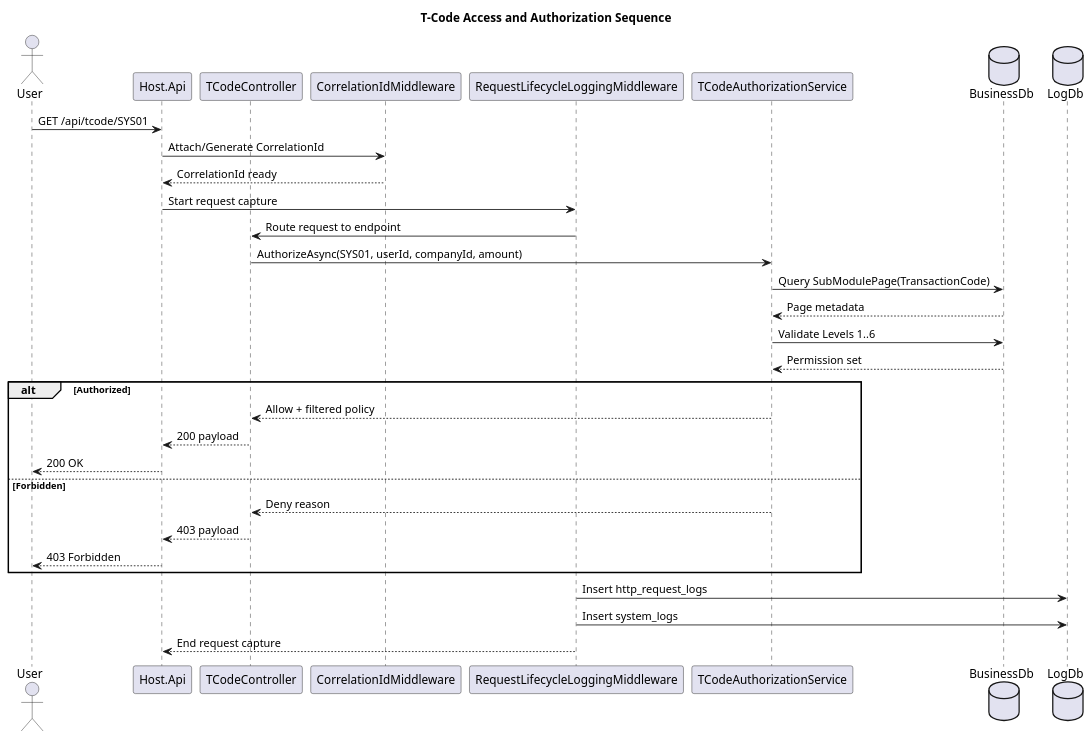
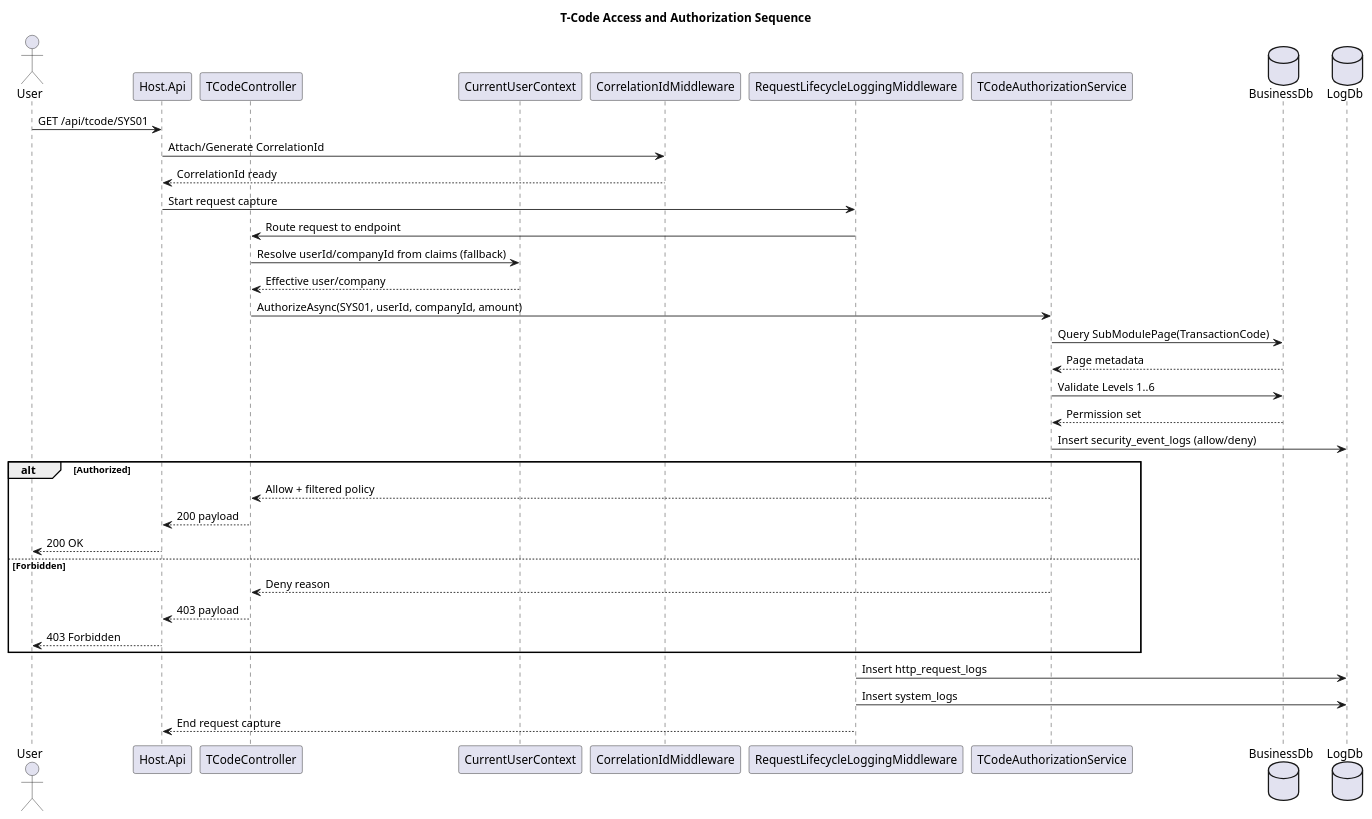
Before and after one commit to mithatcan55/ENTERPRISESYSTEM: the diagram in docs/architecture/sequence-tcode-access.puml, drawn with PlantUML. The commit also changed 6 other files, not shown here.

Commit message:
feat: add claim fallback and security event logging for tcode authorization

```diff
--- a/docs/architecture/sequence-tcode-access.puml
+++ b/docs/architecture/sequence-tcode-access.puml
@@ -1,40 +1,44 @@
 @startuml
 title T-Code Access and Authorization Sequence
 
 actor User
 participant "Host.Api" as Api
 participant "TCodeController" as Ctrl
+participant "CurrentUserContext" as Ctx
 participant "CorrelationIdMiddleware" as Corr
 participant "RequestLifecycleLoggingMiddleware" as ReqLog
 participant "TCodeAuthorizationService" as Authz
 database "BusinessDb" as Bdb
 database "LogDb" as Ldb
 
 User -> Api: GET /api/tcode/SYS01
 Api -> Corr: Attach/Generate CorrelationId
 Corr --> Api: CorrelationId ready
 
 Api -> ReqLog: Start request capture
 ReqLog -> Ctrl: Route request to endpoint
+Ctrl -> Ctx: Resolve userId/companyId from claims (fallback)
+Ctx --> Ctrl: Effective user/company
 Ctrl -> Authz: AuthorizeAsync(SYS01, userId, companyId, amount)
 Authz -> Bdb: Query SubModulePage(TransactionCode)
 Bdb --> Authz: Page metadata
 
 Authz -> Bdb: Validate Levels 1..6
 Bdb --> Authz: Permission set
+Authz -> Ldb: Insert security_event_logs (allow/deny)
 
 alt Authorized
   Authz --> Ctrl: Allow + filtered policy
   Ctrl --> Api: 200 payload
   Api --> User: 200 OK
 else Forbidden
   Authz --> Ctrl: Deny reason
   Ctrl --> Api: 403 payload
   Api --> User: 403 Forbidden
 end
 
 ReqLog -> Ldb: Insert http_request_logs
 ReqLog -> Ldb: Insert system_logs
 ReqLog --> Api: End request capture
 
 @enduml
```
